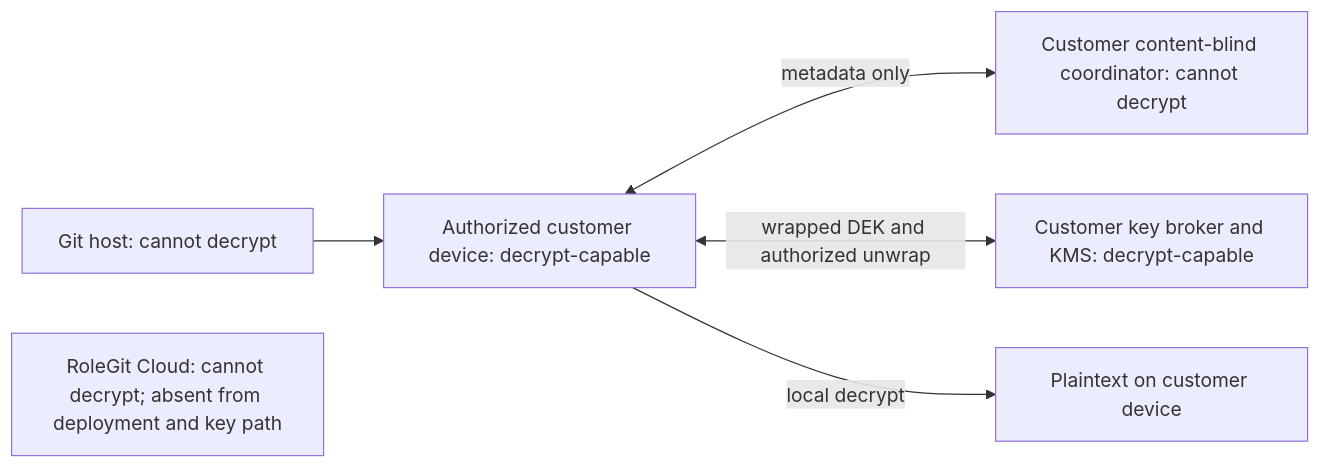
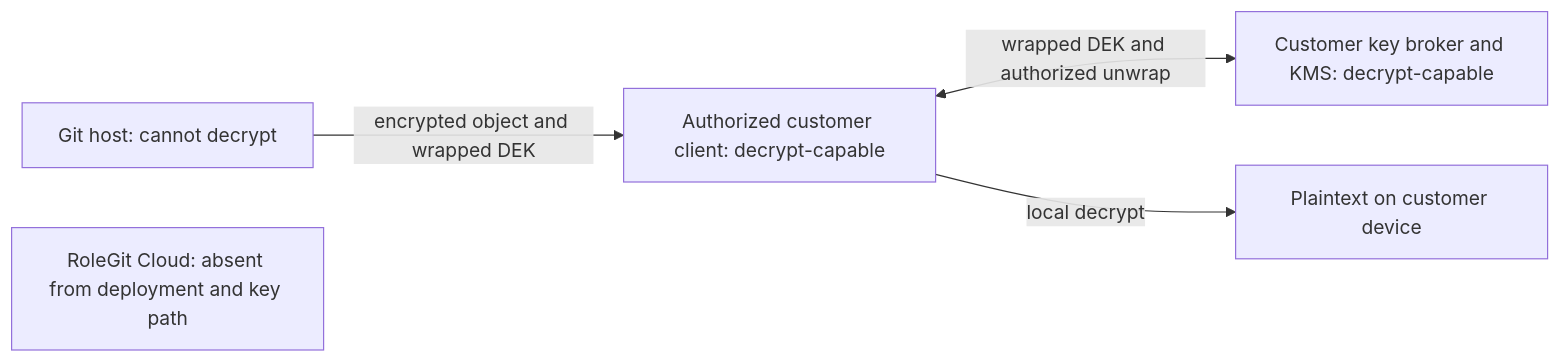
One commit to cosentinode/rolegit changed the fifth of 6 diagrams in docs/adr/0001-product-modes-and-trust-boundaries.md. Above: the diagram before and after it, drawn with Mermaid. The commit also changed other lines of this file and 4 other files, not shown here.

Commit message:
docs: clarify architecture trust boundaries

````diff
--- a/docs/adr/0001-product-modes-and-trust-boundaries.md
+++ b/docs/adr/0001-product-modes-and-trust-boundaries.md
@@ -103,8 +156,7 @@
 ```mermaid
 flowchart LR
-    G[Git host: cannot decrypt] --> D[Authorized customer device: decrypt-capable]
-    D <-->|metadata only| C[Customer content-blind coordinator: cannot decrypt]
+    G[Git host: cannot decrypt] -->|encrypted object and wrapped DEK| D[Authorized customer client: decrypt-capable]
     D <-->|wrapped DEK and authorized unwrap| B[Customer key broker and KMS: decrypt-capable]
     D -->|local decrypt| P[Plaintext on customer device]
-    R[RoleGit Cloud: cannot decrypt; absent from deployment and key path]
+    R[RoleGit Cloud: absent from deployment and key path]
 ```
````
